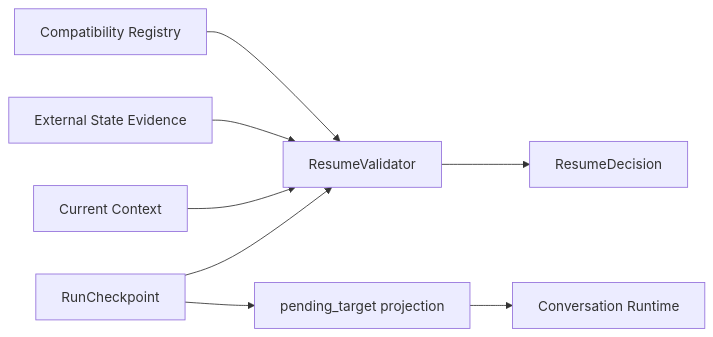
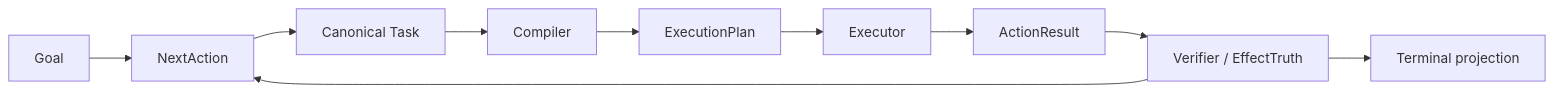
One commit to TSXG-25/TSAgent changed the second of 3 diagrams in docs/architecture.md. Above: the diagram before and after it, drawn with Mermaid. The commit also changed other lines of this file and 16 other files, not shown here.

````diff
--- a/docs/architecture.md
+++ b/docs/architecture.md
@@ -188,10 +54,12 @@
 ```mermaid
 flowchart LR
-    R[RunCheckpoint] --> V[ResumeValidator]
-    C[Current Context] --> V
-    G[External State Evidence] --> V
-    K[Compatibility Registry] --> V
-    V --> D[ResumeDecision]
-    R --> P[pending_target projection]
-    P --> CV[Conversation Runtime]
+    G[Goal] --> N[NextAction]
+    N --> T[Canonical Task]
+    T --> C[Compiler]
+    C --> EP[ExecutionPlan]
+    EP --> X[Executor]
+    X --> AR[ActionResult]
+    AR --> V[Verifier / EffectTruth]
+    V --> N
+    V --> TERM[Terminal projection]
 ```
````
